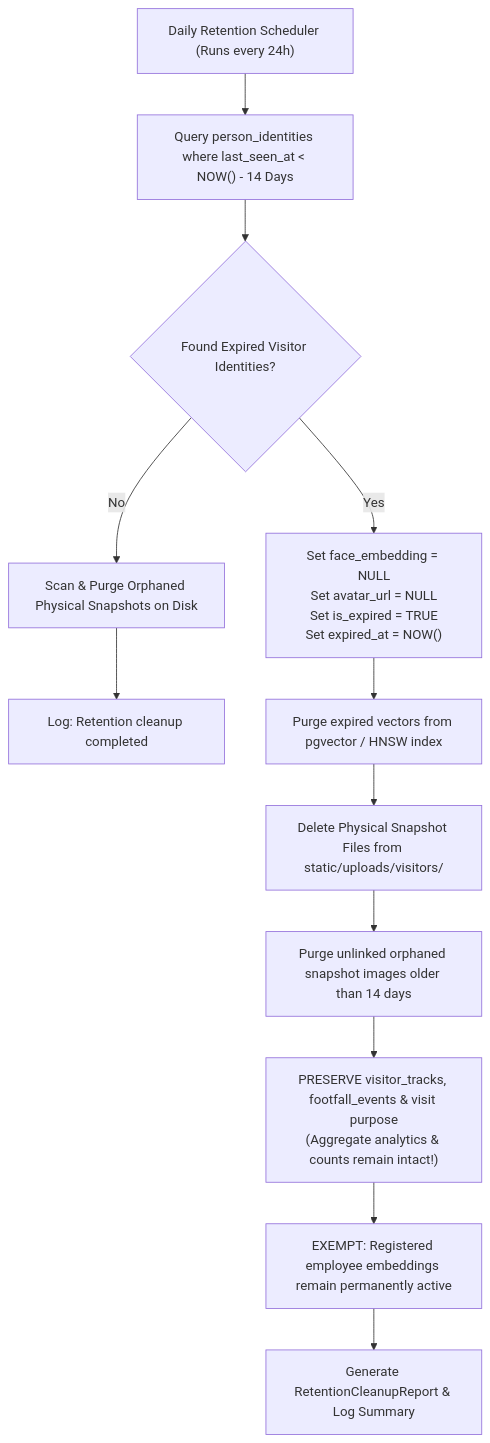
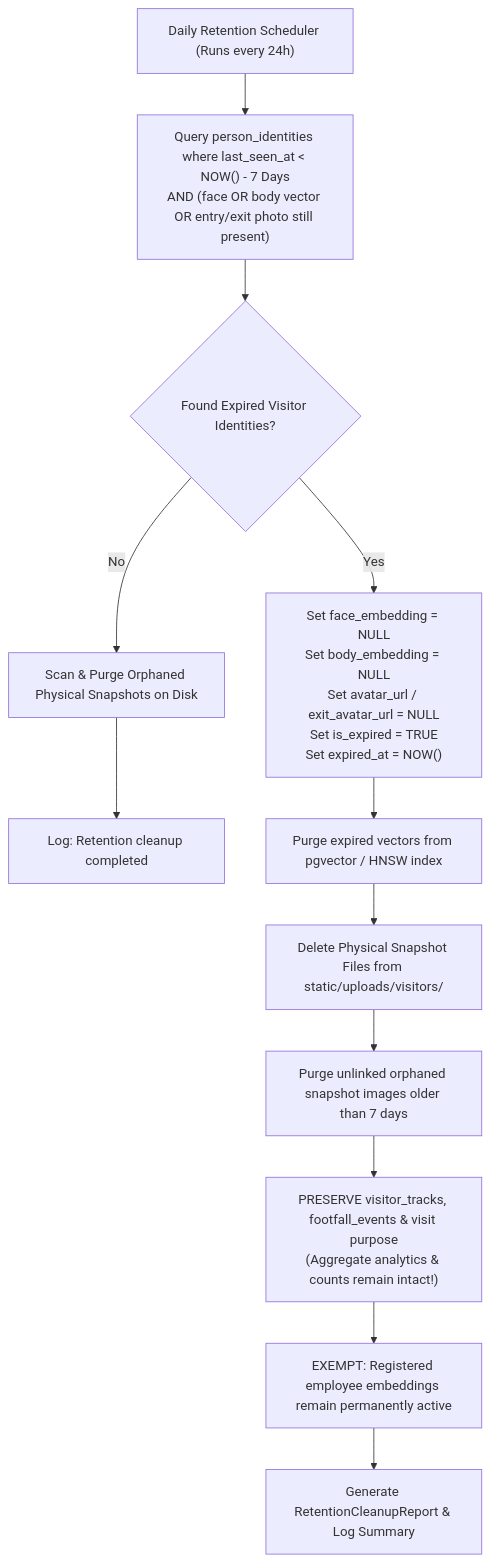
Before and after one commit to sujitctpl/jms-tech: the eighth of 9 diagrams in flow.md, drawn with Mermaid. The commit also changed other lines of this file and 106 other files, not shown here.

Commit message:
tested and fixed face and body match

````diff
--- a/flow.md
+++ b/flow.md
@@ -635,15 +668,15 @@
 ```mermaid
 flowchart TD
-    Start["Daily Retention Scheduler (Runs every 24h)"] --> Query["Query person_identities where last_seen_at < NOW() - 14 Days"]
+    Start["Daily Retention Scheduler (Runs every 24h)"] --> Query["Query person_identities where last_seen_at < NOW() - 7 Days\nAND (face OR body vector OR entry/exit photo still present)"]
     Check{"Found Expired Visitor Identities?"}
     Query --> Check
     Check -- No --> ScanOrphaned["Scan & Purge Orphaned Physical Snapshots on Disk"]
     ScanOrphaned --> Finish["Log: Retention cleanup completed"]
-    Check -- Yes --> PurgeDB["Set face_embedding = NULL\nSet avatar_url = NULL\nSet is_expired = TRUE\nSet expired_at = NOW()"]
+    Check -- Yes --> PurgeDB["Set face_embedding = NULL\nSet body_embedding = NULL\nSet avatar_url / exit_avatar_url = NULL\nSet is_expired = TRUE\nSet expired_at = NOW()"]
     PurgeDB --> PurgeVectors["Purge expired vectors from pgvector / HNSW index"]
     PurgeVectors --> DeleteFiles["Delete Physical Snapshot Files from static/uploads/visitors/"]
-    DeleteFiles --> PurgeOrphaned["Purge unlinked orphaned snapshot images older than 14 days"]
+    DeleteFiles --> PurgeOrphaned["Purge unlinked orphaned snapshot images older than 7 days"]
     PurgeOrphaned --> KeepStats["PRESERVE visitor_tracks, footfall_events & visit purpose\n(Aggregate analytics & counts remain intact!)"]
     KeepStats --> ExemptStaff["EXEMPT: Registered employee embeddings remain permanently active"]
     ExemptStaff --> Report["Generate RetentionCleanupReport & Log Summary"]
 ```
````
